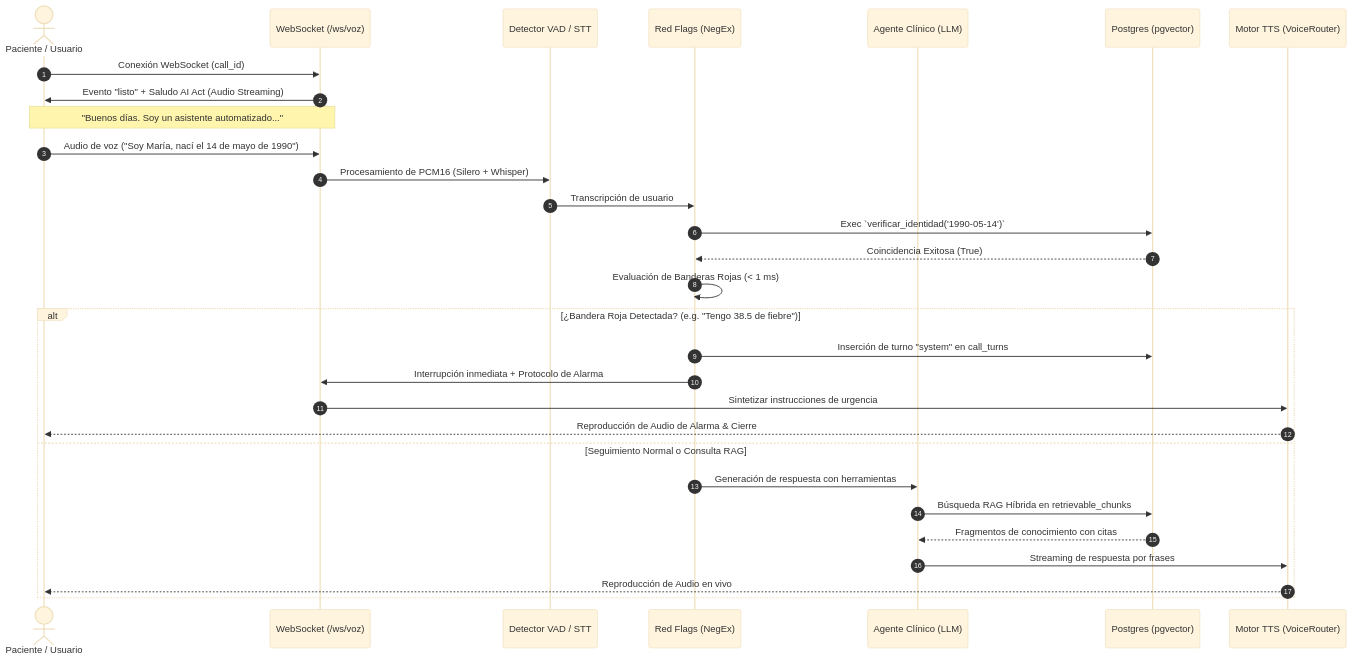
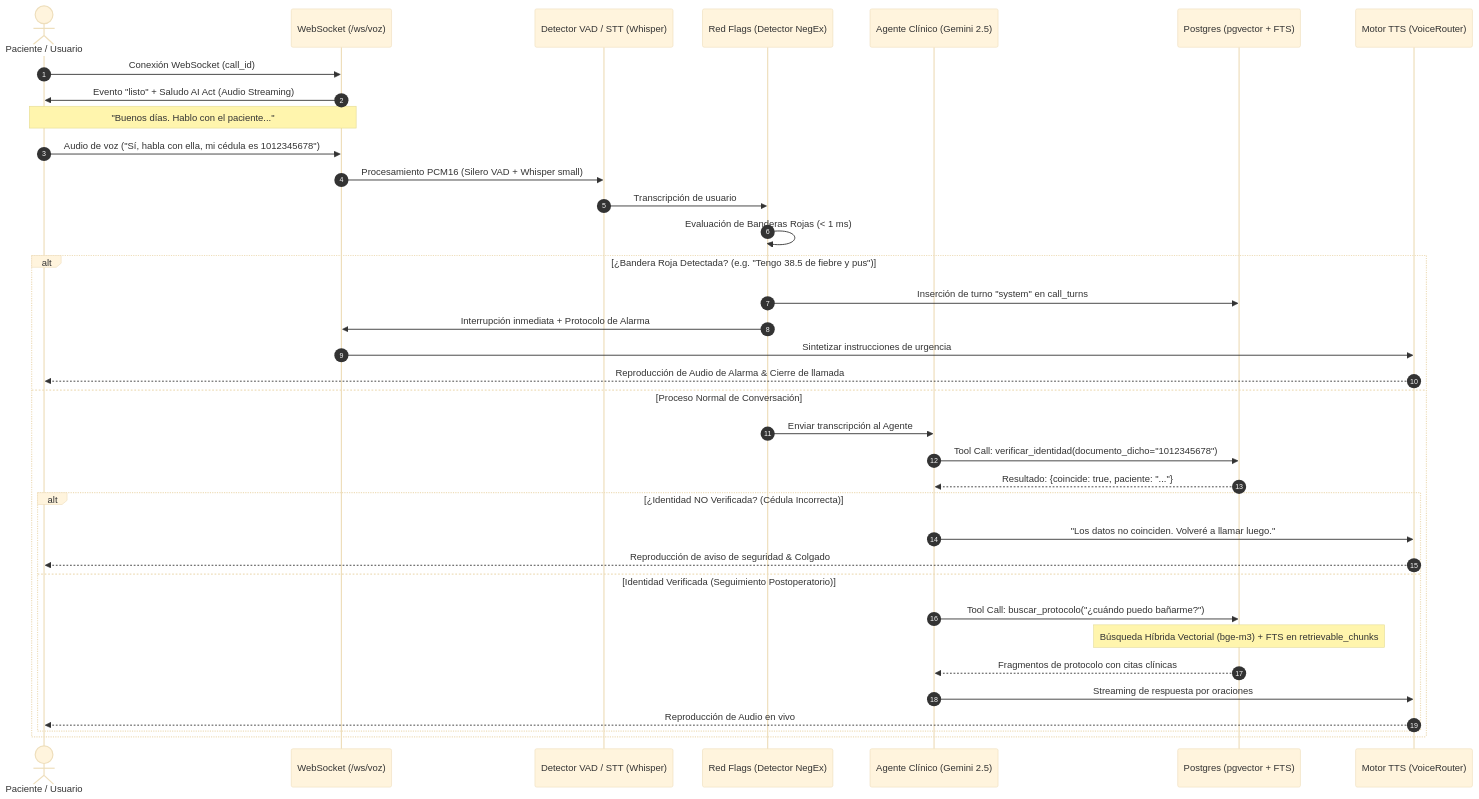
The diagram in README.md (samugarciar/techspherechallengeSamuelGarcia), drawn with Mermaid (base theme) before and after one commit. The commit also changed other lines of this file and 21 other files, not shown here.

Commit message:
feat: migración a verificación por Cédula (documento_cc), interfaz de llamadas con trazabilidad RAG y temporizador en vivo, e inclusión de .env.example

````diff
--- a/README.md
+++ b/README.md
@@ -77,37 +77,43 @@
 ```mermaid
 sequenceDiagram
     autonumber
     actor P as Paciente / Usuario
     participant WS as WebSocket (/ws/voz)
-    participant VAD as Detector VAD / STT
-    participant RF as Red Flags (NegEx)
-    participant AG as Agente Clínico (LLM)
-    participant DB as Postgres (pgvector)
+    participant VAD as Detector VAD / STT (Whisper)
+    participant RF as Red Flags (Detector NegEx)
+    participant AG as Agente Clínico (Gemini 2.5)
+    participant DB as Postgres (pgvector + FTS)
     participant TTS as Motor TTS (VoiceRouter)
 
     P->>WS: Conexión WebSocket (call_id)
     WS->>P: Evento "listo" + Saludo AI Act (Audio Streaming)
-    Note over P,WS: "Buenos días. Soy un asistente automatizado..."
-    
-    P->>WS: Audio de voz ("Soy María, nací el 14 de mayo de 1990")
-    WS->>VAD: Procesamiento de PCM16 (Silero + Whisper)
+    Note over P,WS: "Buenos días. Hablo con el paciente..."
+
+    P->>WS: Audio de voz ("Sí, habla con ella, mi cédula es 1012345678")
+    WS->>VAD: Procesamiento PCM16 (Silero VAD + Whisper small)
     VAD->>RF: Transcripción de usuario
     
-    RF->>DB: Exec `verificar_identidad('1990-05-14')`
-    DB-->>RF: Coincidencia Exitosa (True)
-    
     RF->>RF: Evaluación de Banderas Rojas (< 1 ms)
-    
-    alt ¿Bandera Roja Detectada? (e.g. "Tengo 38.5 de fiebre")
+
+    alt ¿Bandera Roja Detectada? (e.g. "Tengo 38.5 de fiebre y pus")
         RF->>DB: Inserción de turno "system" en call_turns
         RF->>WS: Interrupción inmediata + Protocolo de Alarma
         WS->>TTS: Sintetizar instrucciones de urgencia
-        TTS-->>P: Reproducción de Audio de Alarma & Cierre
-    else Seguimiento Normal o Consulta RAG
-        RF->>AG: Generación de respuesta con herramientas
-        AG->>DB: Búsqueda RAG Híbrida en retrievable_chunks
-        DB-->>AG: Fragmentos de conocimiento con citas
-        AG->>TTS: Streaming de respuesta por frases
-        TTS-->>P: Reproducción de Audio en vivo
+        TTS-->>P: Reproducción de Audio de Alarma & Cierre de llamada
+    else Proceso Normal de Conversación
+        RF->>AG: Enviar transcripción al Agente
+        AG->>DB: Tool Call: verificar_identidad(documento_dicho="1012345678")
+        DB-->>AG: Resultado: {coincide: true, paciente: "..."}
+
+        alt ¿Identidad NO Verificada? (Cédula Incorrecta)
+            AG->>TTS: "Los datos no coinciden. Volveré a llamar luego."
+            TTS-->>P: Reproducción de aviso de seguridad & Colgado
+        else Identidad Verificada (Seguimiento Postoperatorio)
+            AG->>DB: Tool Call: buscar_protocolo("¿cuándo puedo bañarme?")
+            Note over DB: Búsqueda Híbrida Vectorial (bge-m3) + FTS en retrievable_chunks
+            DB-->>AG: Fragmentos de protocolo con citas clínicas
+            AG->>TTS: Streaming de respuesta por oraciones
+            TTS-->>P: Reproducción de Audio en vivo
+        end
     end
 ```
````
